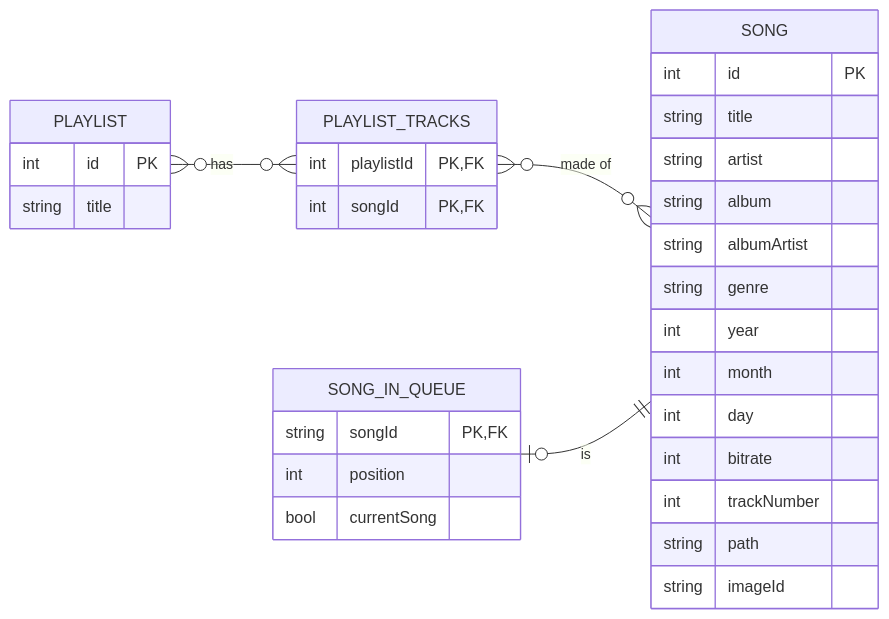
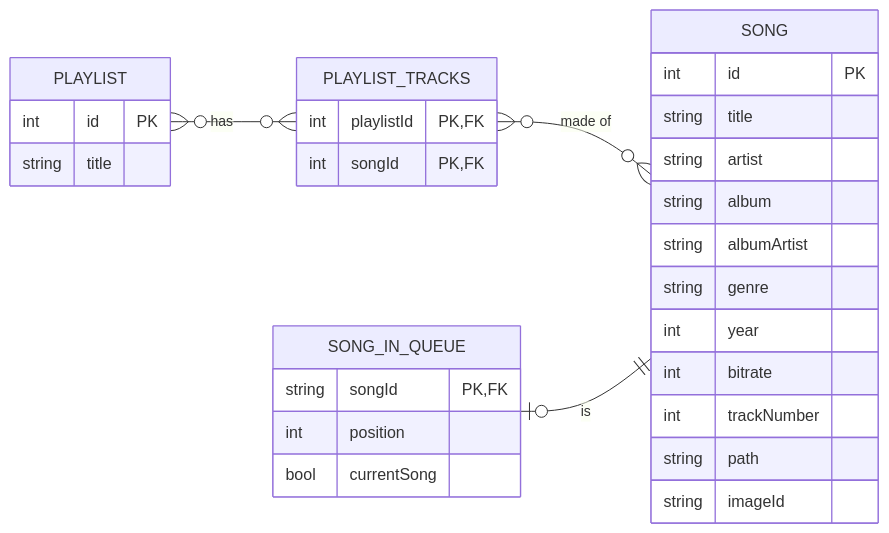
The diagram in resources/mermaid/er-diagram.md (jossue845/On-premise-Music-Player), drawn with Mermaid before and after one commit. The commit also changed 1 other file, not shown here.

Commit message:
update model

````diff
--- a/resources/mermaid/er-diagram.md
+++ b/resources/mermaid/er-diagram.md
@@ -1,36 +1,34 @@
 ```mermaid
 erDiagram
     direction LR
     SONG{
         int id PK
         string title
         string artist
         string album
         string albumArtist
         string genre
         int year
-        int month
-        int day
         int bitrate
         int trackNumber
         string path
         string imageId
     }
     PLAYLIST{
         int id PK
         string title
     }
     PLAYLIST_TRACKS{
         int playlistId PK, FK
         int songId PK, FK
     }
 
     SONG_IN_QUEUE{
         string songId PK, FK
         int position
         bool currentSong
     }
     PLAYLIST_TRACKS }o--o{ SONG : "made of"
     PLAYLIST }o--o{ PLAYLIST_TRACKS : "has"
     SONG_IN_QUEUE o|--|| SONG : "is"
 ```
````
